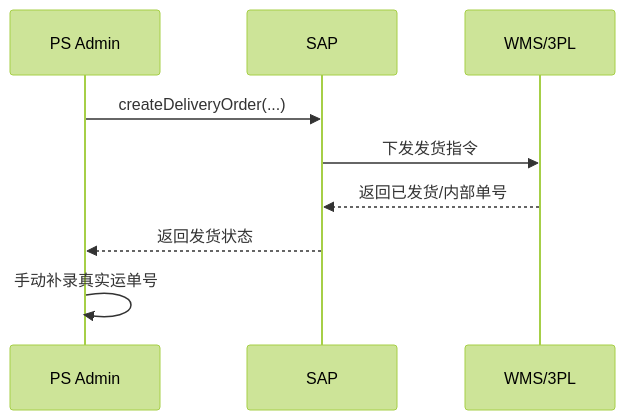
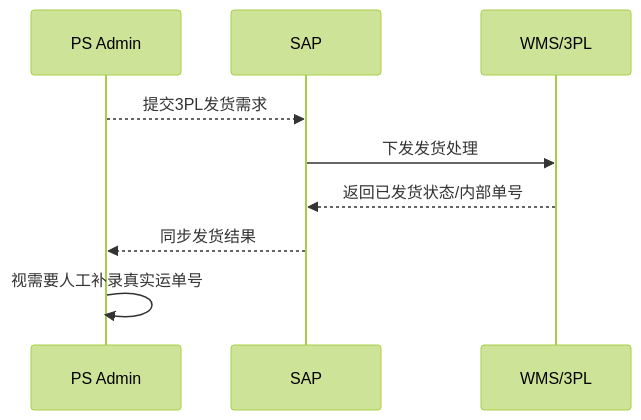
One commit to guguohai/gmps changed diagram 23 of 43 in 文档/GM系统需求说明.md. Above: the diagram before and after it, drawn with Mermaid (forest theme). The commit also changed other lines of this file and 31 other files, not shown here.

````diff
--- a/文档/GM系统需求说明.md
+++ b/文档/GM系统需求说明.md
@@ -960,12 +943,12 @@
 ```mermaid
 sequenceDiagram
     participant PS as PS Admin
     participant SAP as SAP
     participant WMS as WMS/3PL
 
-    PS->>SAP: createDeliveryOrder(...)
-    SAP->>WMS: 下发发货指令
-    WMS-->>SAP: 返回已发货/内部单号
-    SAP-->>PS: 返回发货状态
-    PS->>PS: 手动补录真实运单号
+    PS-->>SAP: 提交3PL发货需求
+    SAP->>WMS: 下发发货处理
+    WMS-->>SAP: 返回已发货状态/内部单号
+    SAP-->>PS: 同步发货结果
+    PS->>PS: 视需要人工补录真实运单号
 ```
````
